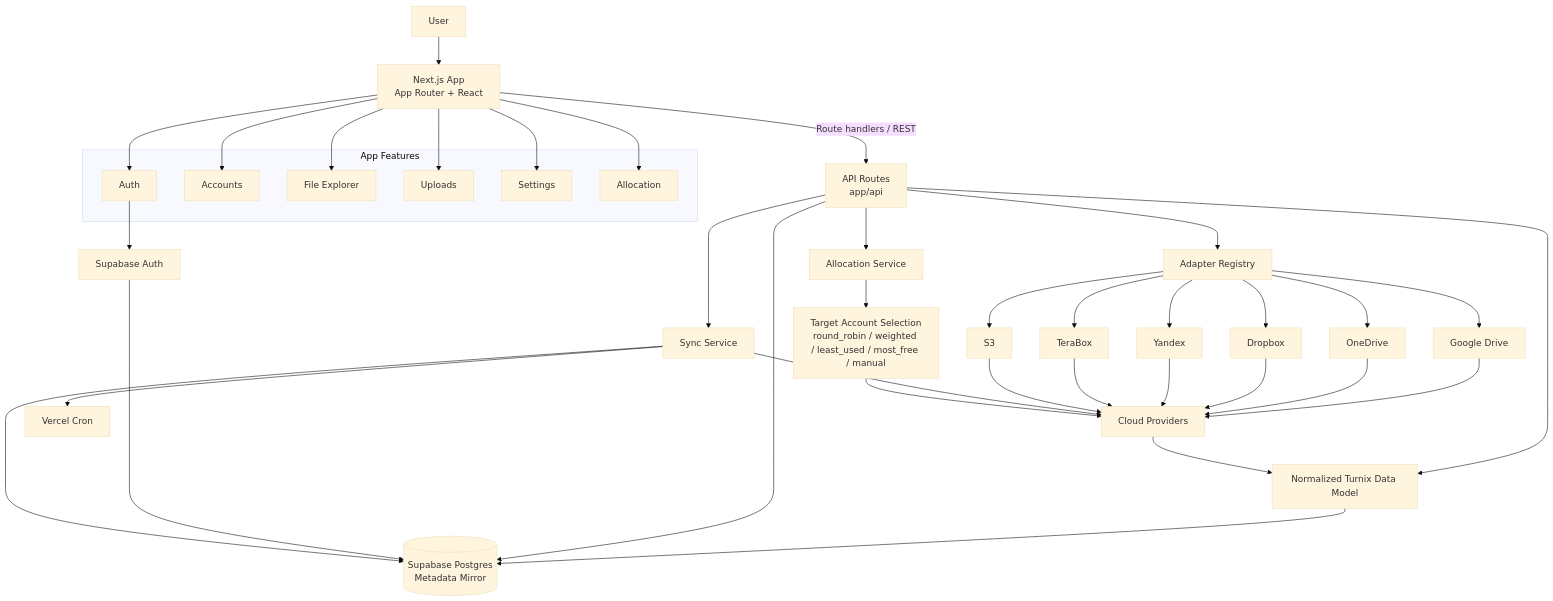
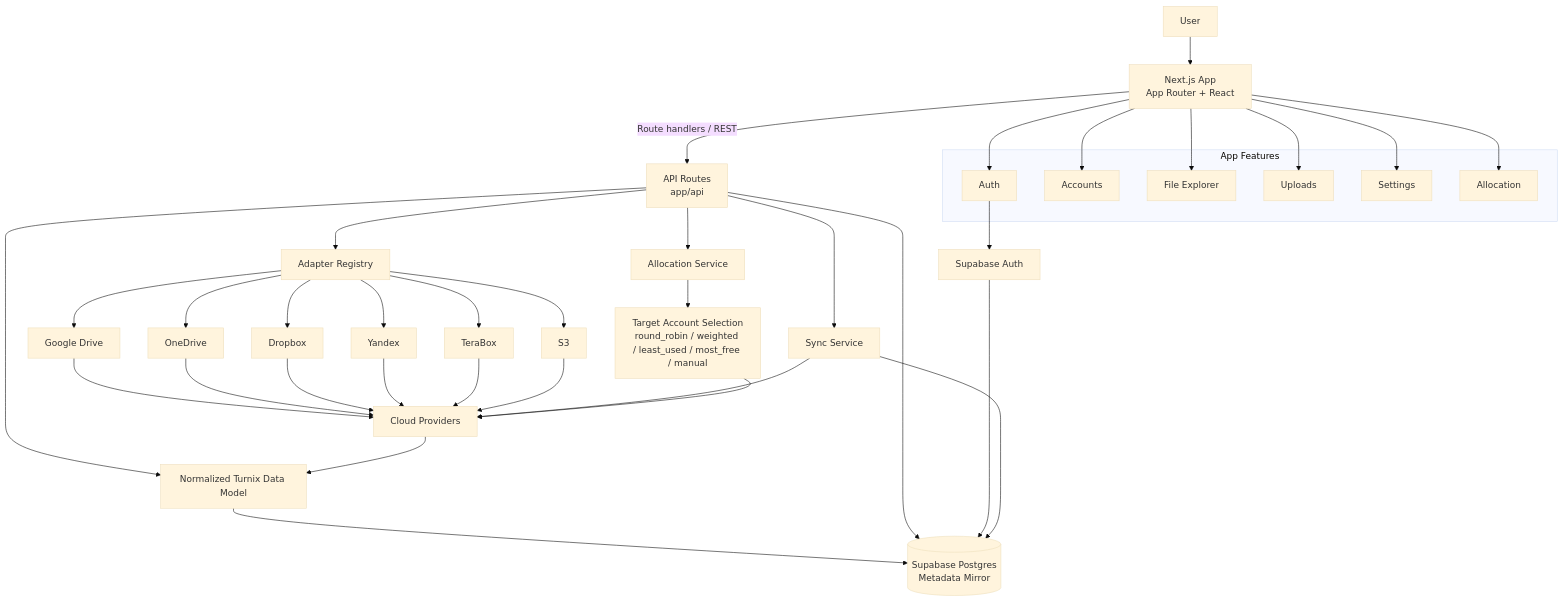
The diagram in README.md (codesamar/turnix-cloud), drawn with Mermaid (base theme) before and after one commit. The commit also changed other lines of this file and 20 other files, not shown here.

````diff
--- a/README.md
+++ b/README.md
@@ -102,53 +100,52 @@
 ```mermaid
 flowchart TD
     U[User] --> F[Next.js App<br/>App Router + React]
     F -->|Route handlers / REST| API[API Routes<br/>app/api]
 
     subgraph App Features
         F1[Auth]
         F2[Accounts]
         F3[File Explorer]
         F4[Uploads]
         F5[Settings]
         F6[Allocation]
     end
 
     F --> F1
     F --> F2
     F --> F3
     F --> F4
     F --> F5
     F --> F6
 
     API --> A[Adapter Registry]
     A --> G[Google Drive]
     A --> O[OneDrive]
     A --> D[Dropbox]
     A --> Y[Yandex]
     A --> T[TeraBox]
     A --> S[S3]
 
     G --> CP[Cloud Providers]
     O --> CP
     D --> CP
     Y --> CP
     T --> CP
     S --> CP
 
     API --> N[Normalized Turnix Data Model]
     CP --> N
 
     N --> DB[(Supabase Postgres<br/>Metadata Mirror)]
     API --> DB
     F1 --> SA[Supabase Auth]
     SA --> DB
 
     API --> SY[Sync Service]
-    SY --> CRON[Vercel Cron]
     SY --> CP
     SY --> DB
 
     API --> AL[Allocation Service]
     AL --> ACC[Target Account Selection<br/>round_robin / weighted / least_used / most_free / manual]
     ACC --> CP
 ```
````
